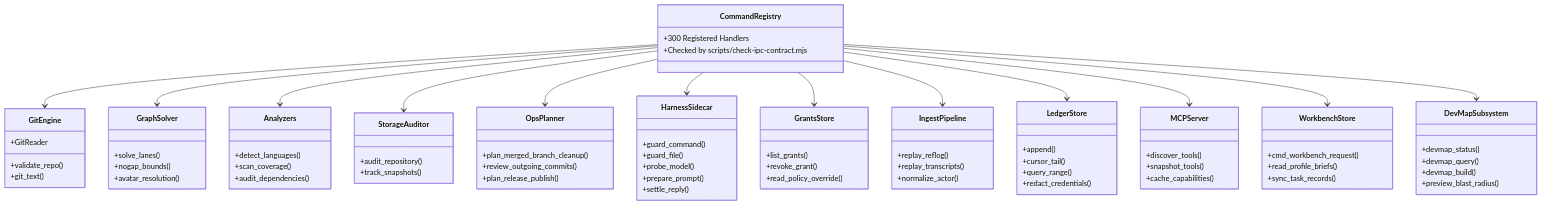
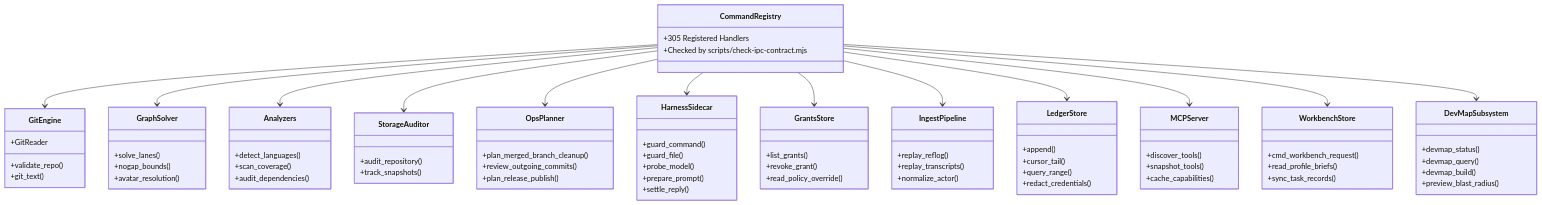
The third of 5 diagrams in docs/ARCHITECTURE.md (bharathvbcr/GitPulse), drawn with Mermaid before and after one commit. The commit also changed other lines of this file and 66 other files, not shown here.

````diff
--- a/docs/ARCHITECTURE.md
+++ b/docs/ARCHITECTURE.md
@@ -202,7 +202,7 @@
 ```mermaid
 classDiagram
     class CommandRegistry {
-        +300 Registered Handlers
+        +305 Registered Handlers
         +Checked by scripts/check-ipc-contract.mjs
     }
     class GitEngine {
````
